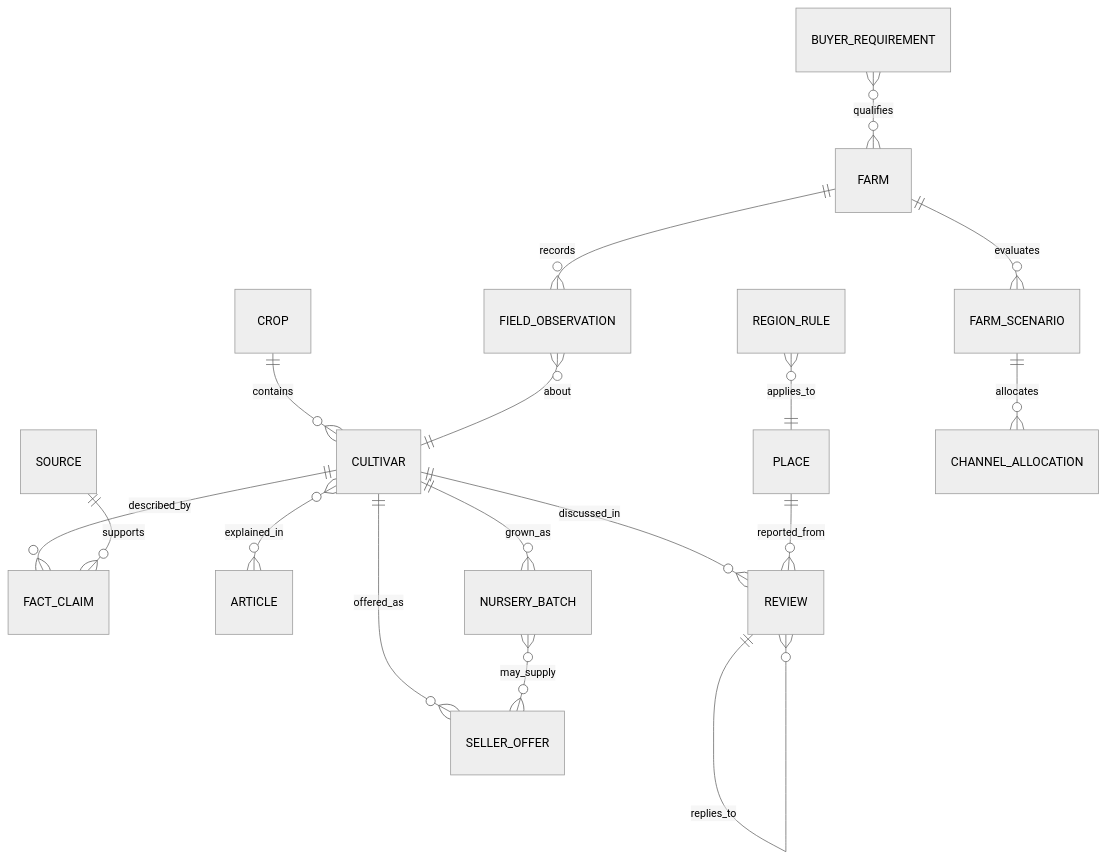
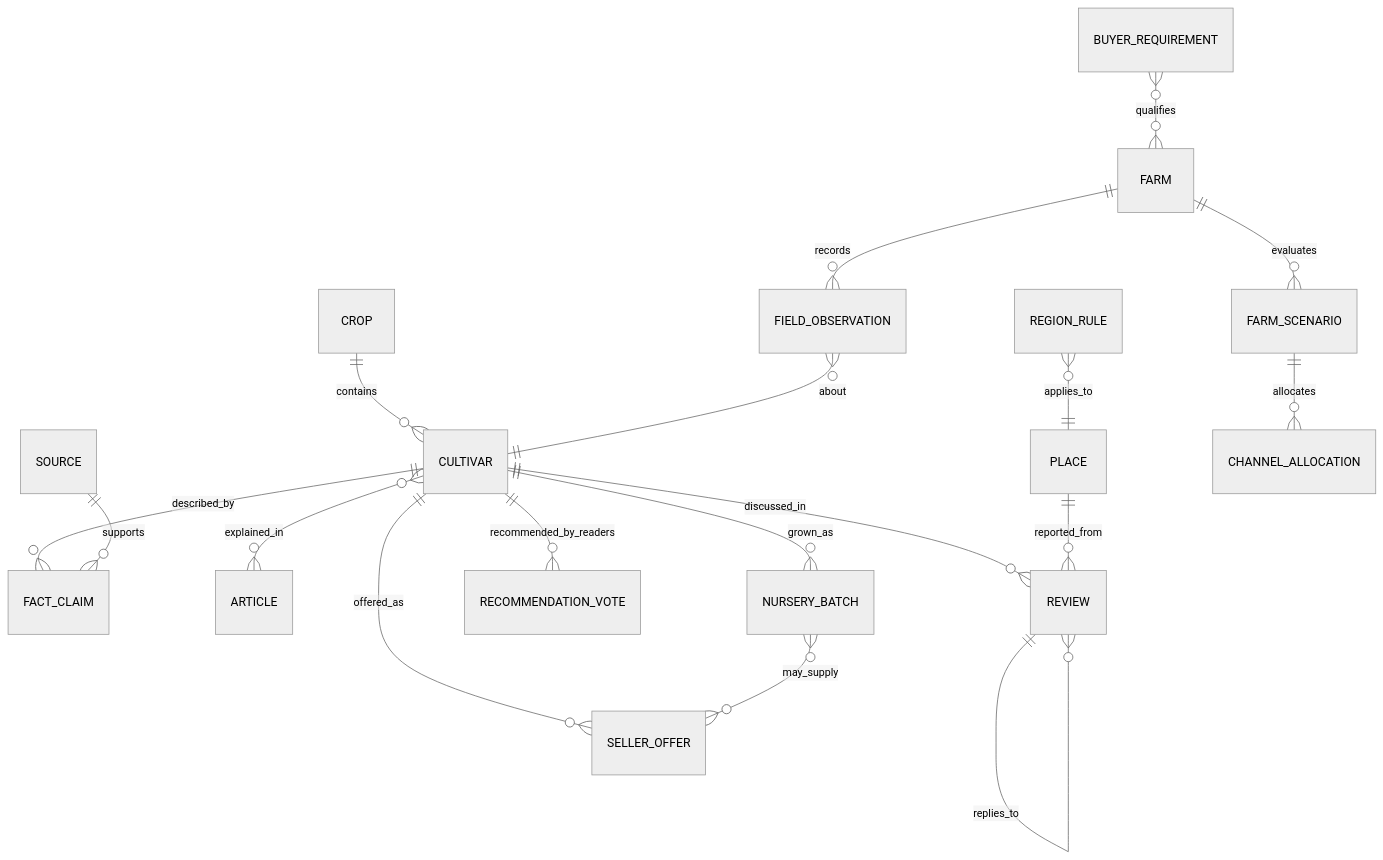
Before and after one commit to jimbokl/MALINA: the second of 2 diagrams in docs/INFORMATION_ARCHITECTURE.md, drawn with Mermaid (neutral theme). The commit also changed other lines of this file and 46 other files, not shown here.

````diff
--- a/docs/INFORMATION_ARCHITECTURE.md
+++ b/docs/INFORMATION_ARCHITECTURE.md
@@ -91,19 +97,20 @@
 ```mermaid
 erDiagram
   CROP ||--o{ CULTIVAR : contains
   CULTIVAR ||--o{ FACT_CLAIM : described_by
   SOURCE ||--o{ FACT_CLAIM : supports
   CULTIVAR }o--o{ ARTICLE : explained_in
   CULTIVAR ||--o{ REVIEW : discussed_in
+  CULTIVAR ||--o{ RECOMMENDATION_VOTE : recommended_by_readers
   REVIEW ||--o{ REVIEW : replies_to
   PLACE ||--o{ REVIEW : reported_from
   CULTIVAR ||--o{ SELLER_OFFER : offered_as
   CULTIVAR ||--o{ NURSERY_BATCH : grown_as
   REGION_RULE }o--|| PLACE : applies_to
   FARM ||--o{ FARM_SCENARIO : evaluates
   FARM_SCENARIO ||--o{ CHANNEL_ALLOCATION : allocates
   FARM ||--o{ FIELD_OBSERVATION : records
   FIELD_OBSERVATION }o--|| CULTIVAR : about
   BUYER_REQUIREMENT }o--o{ FARM : qualifies
   NURSERY_BATCH }o--o{ SELLER_OFFER : may_supply
 ```
````
